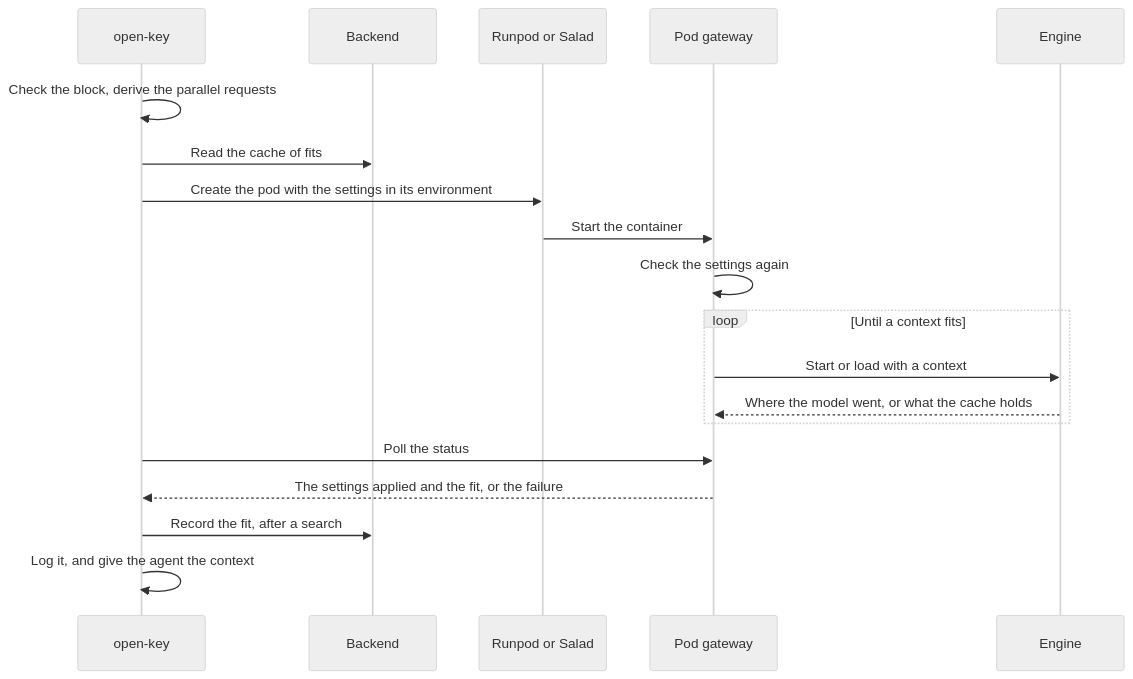
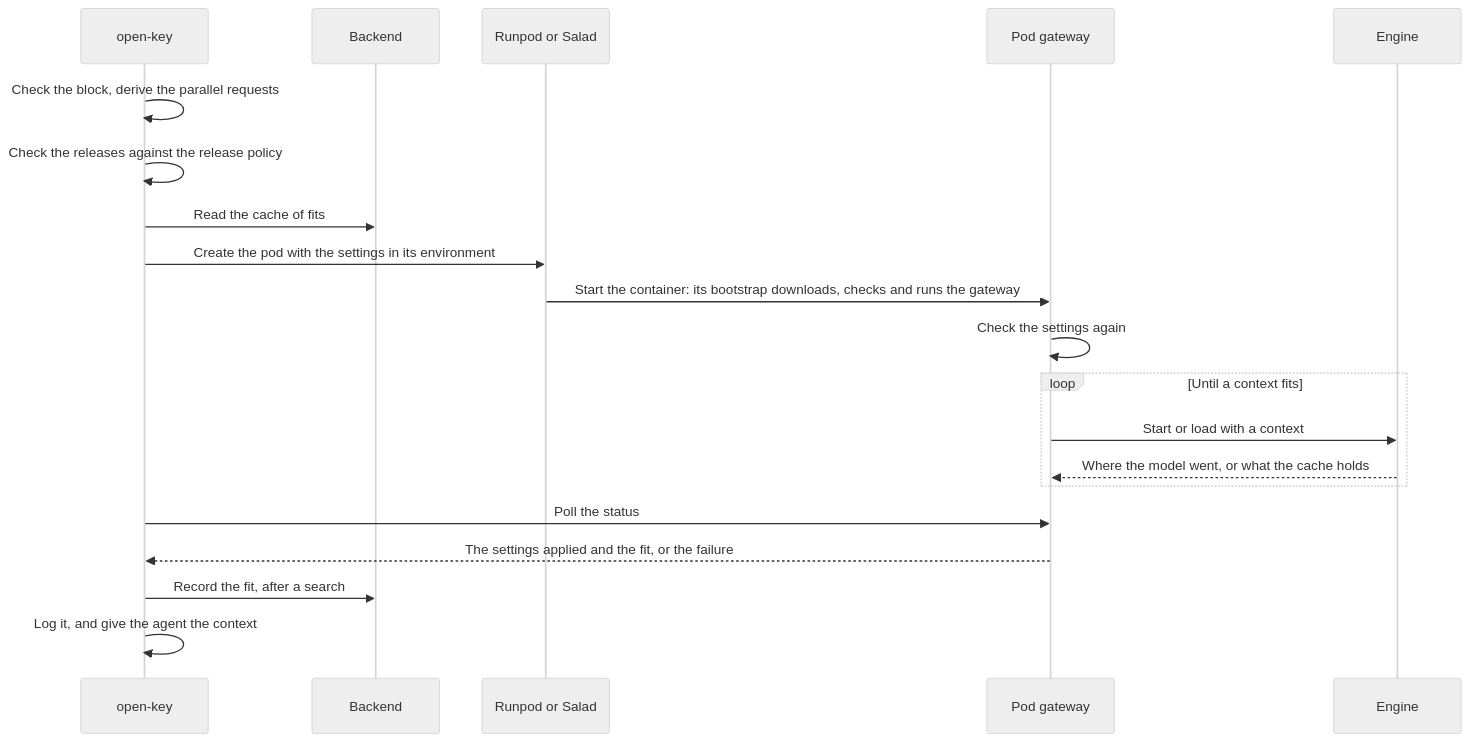
The second of 2 diagrams in docs/settings/pod-engines.md (codenergy-dev/codeman), drawn with Mermaid (neutral theme) before and after one commit. The commit also changed other lines of this file and 18 other files, not shown here.

First line of the commit message:
Document official pod images, the bootstrap and the release policy

````diff
--- a/docs/settings/pod-engines.md
+++ b/docs/settings/pod-engines.md
@@ -185,21 +199,22 @@
 ```mermaid
 sequenceDiagram
   participant O as open-key
   participant B as Backend
   participant R as Runpod or Salad
   participant G as Pod gateway
   participant E as Engine
   O->>O: Check the block, derive the parallel requests
+  O->>O: Check the releases against the release policy
   O->>B: Read the cache of fits
   O->>R: Create the pod with the settings in its environment
-  R->>G: Start the container
+  R->>G: Start the container: its bootstrap downloads, checks and runs the gateway
   G->>G: Check the settings again
   loop Until a context fits
     G->>E: Start or load with a context
     E-->>G: Where the model went, or what the cache holds
   end
   O->>G: Poll the status
   G-->>O: The settings applied and the fit, or the failure
   O->>B: Record the fit, after a search
   O->>O: Log it, and give the agent the context
 ```
````
